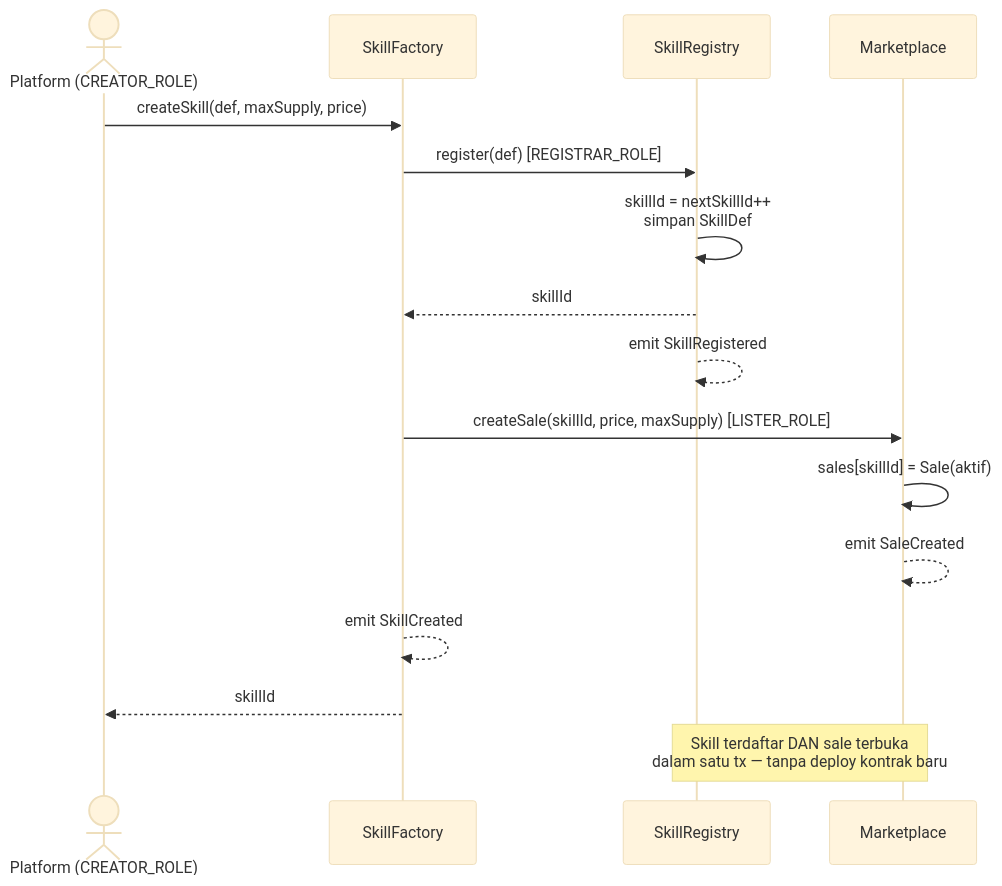
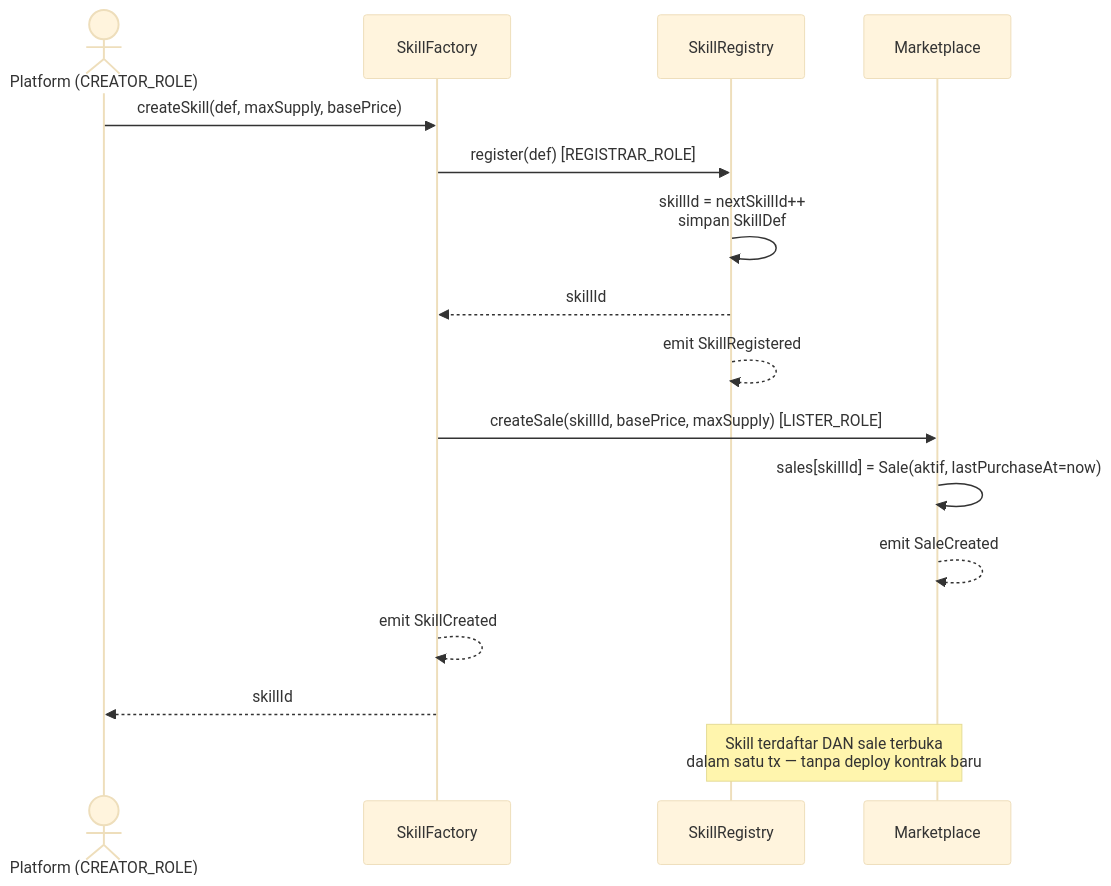
One commit to yeheskieltame/TheBingoFi changed the second of 3 diagrams in contracts/README.md. Above: the diagram before and after it, drawn with Mermaid (base theme). The commit also changed other lines of this file and 45 other files, not shown here.

````diff
--- a/contracts/README.md
+++ b/contracts/README.md
@@ -50,19 +50,19 @@
 ```mermaid
 sequenceDiagram
     actor P as Platform (CREATOR_ROLE)
     participant F as SkillFactory
     participant R as SkillRegistry
     participant M as Marketplace
 
-    P->>F: createSkill(def, maxSupply, price)
+    P->>F: createSkill(def, maxSupply, basePrice)
     F->>R: register(def) [REGISTRAR_ROLE]
     R->>R: skillId = nextSkillId++<br/>simpan SkillDef
     R-->>F: skillId
     R-->>R: emit SkillRegistered
-    F->>M: createSale(skillId, price, maxSupply) [LISTER_ROLE]
-    M->>M: sales[skillId] = Sale(aktif)
+    F->>M: createSale(skillId, basePrice, maxSupply) [LISTER_ROLE]
+    M->>M: sales[skillId] = Sale(aktif, lastPurchaseAt=now)
     M-->>M: emit SaleCreated
     F-->>F: emit SkillCreated
     F-->>P: skillId
     Note over R,M: Skill terdaftar DAN sale terbuka<br/>dalam satu tx — tanpa deploy kontrak baru
 ```
````
